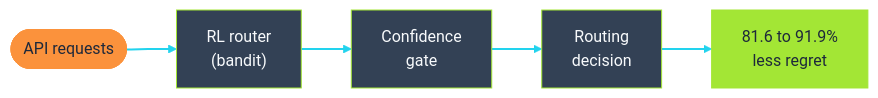
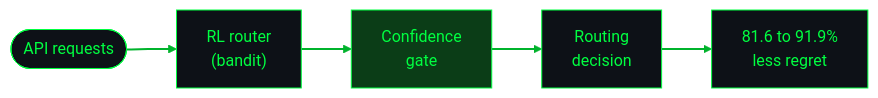
The third of 3 diagrams in README.md (khushi-070906/khushi-070906), drawn with Mermaid before and after one commit. The commit also changed other lines of this file and 10 other files, not shown here.

````diff
--- a/README.md
+++ b/README.md
@@ -55,8 +51,7 @@
 ```mermaid
-%%{init: {'theme':'base','themeVariables':{'primaryColor':'#334155','primaryTextColor':'#F8FAFC','primaryBorderColor':'#A3E635','lineColor':'#22D3EE','fontFamily':'monospace'}}}%%
+%%{init: {'theme':'base','themeVariables':{'primaryColor':'#0d1117','primaryTextColor':'#00FF41','primaryBorderColor':'#00FF41','lineColor':'#00B32C','fontFamily':'monospace'}}}%%
 flowchart LR
     A(["API requests"]) --> B["RL router<br/>(bandit)"] --> C["Confidence<br/>gate"] --> D["Routing<br/>decision"] --> E["81.6 to 91.9%<br/>less regret"]
-    linkStyle default stroke:#22D3EE,stroke-width:2px
-    style A fill:#FB923C,stroke:#FB923C,color:#1E293B
-    style E fill:#A3E635,stroke:#A3E635,color:#1E293B
+    linkStyle default stroke:#00B32C,stroke-width:2px
+    style C fill:#0B3D17,stroke:#00FF41,color:#00FF41
 ```
````
